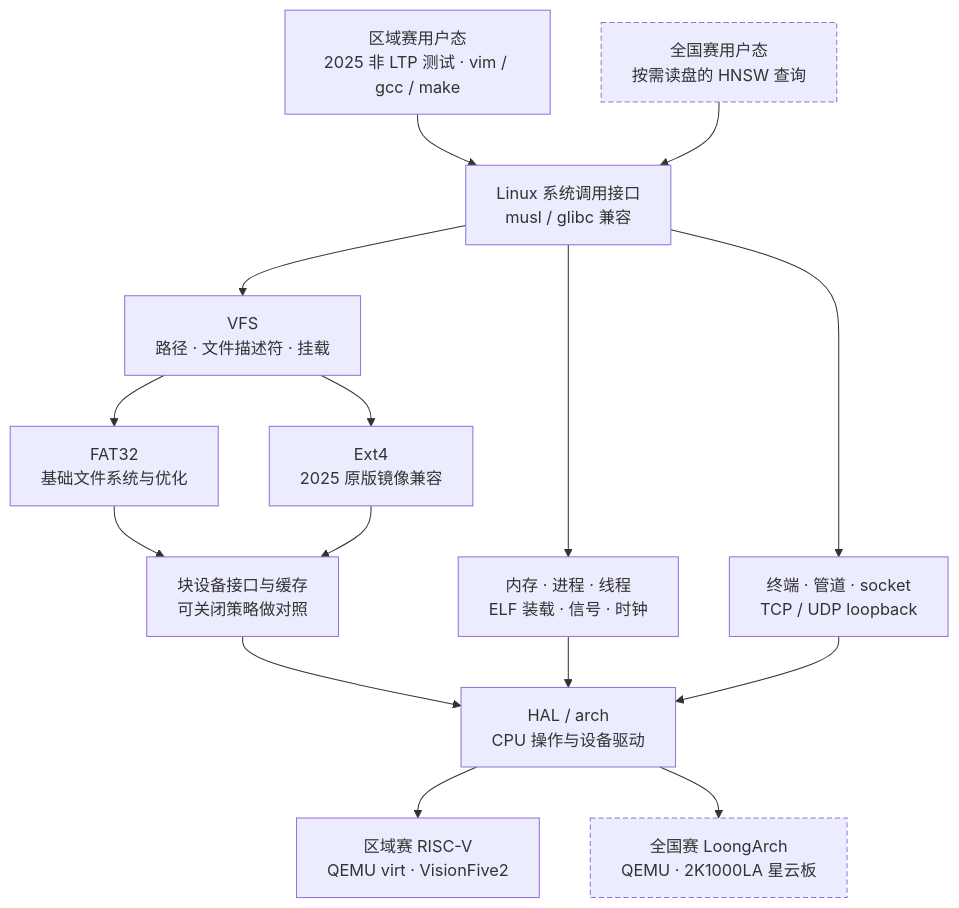
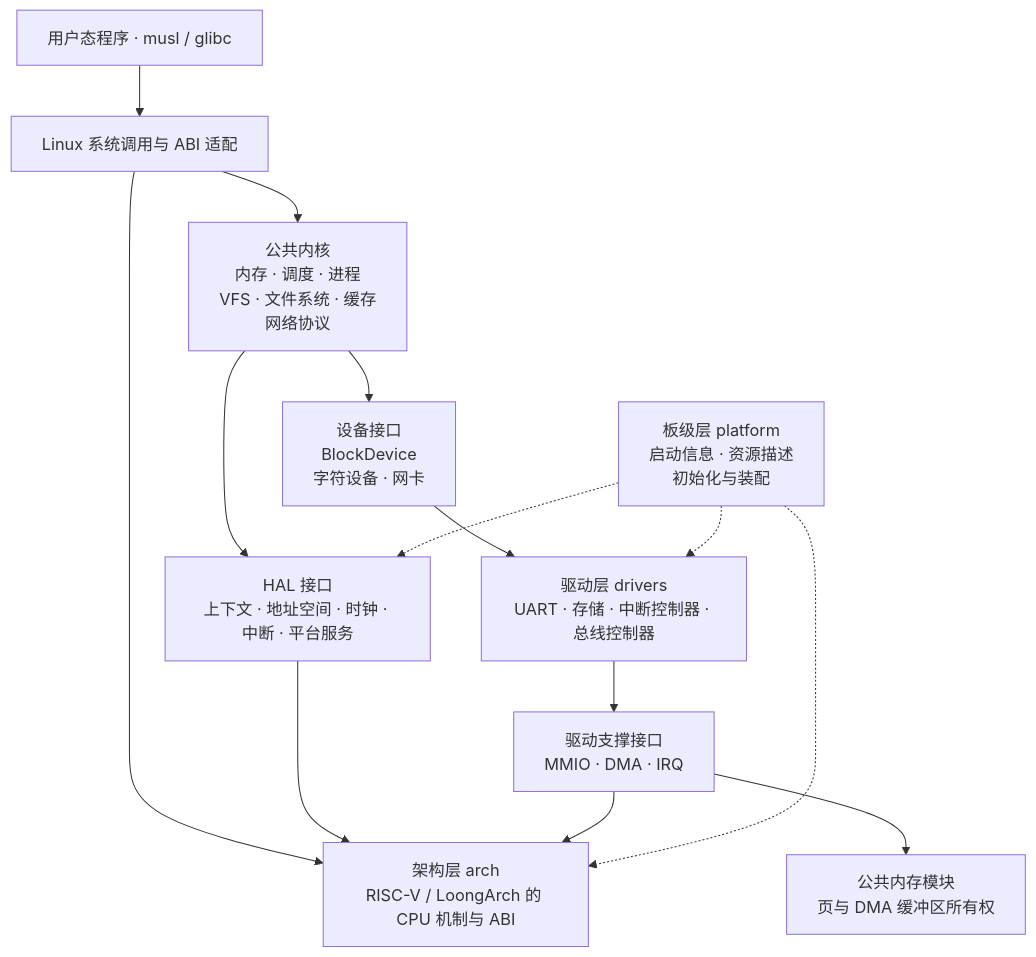
The diagram in docs/architecture.md (ApolloMonasa/Focos-contrib), drawn with Mermaid before and after one commit. The commit also changed other lines of this file and 11 other files, not shown here.

````diff
--- a/docs/architecture.md
+++ b/docs/architecture.md
@@ -5,33 +9,28 @@
 ```mermaid
 flowchart TB
-    accTitle: FocOS 的区域赛与全国赛目标架构
-    accDescr: 区域赛运行 2025 测试和开发工具，经 Linux 系统调用访问共享内核。VFS 下同时有 FAT32 和 Ext4。HAL 隔离硬件；全国赛扩展 LoongArch 与磁盘检索。
-    APP["区域赛用户态<br/>2025 非 LTP 测试 · vim / gcc / make"]
-    ANN["全国赛用户态<br/>按需读盘的 HNSW 查询"]
-    ABI["Linux 系统调用接口<br/>musl / glibc 兼容"]
-    CORE["内存 · 进程 · 线程<br/>ELF 装载 · 信号 · 时钟"]
-    VFS["VFS<br/>路径 · 文件描述符 · 挂载"]
-    IO["终端 · 管道 · socket<br/>TCP / UDP loopback"]
-    FAT["FAT32<br/>基础文件系统与优化"]
-    EXT["Ext4<br/>2025 原版镜像兼容"]
-    CACHE["块设备接口与缓存<br/>可关闭策略做对照"]
-    HAL["HAL / arch<br/>CPU 操作与设备驱动"]
-    RV["区域赛 RISC-V<br/>QEMU virt · VisionFive2"]
-    LA["全国赛 LoongArch<br/>QEMU · 2K1000LA 星云板"]
-    APP --> ABI
-    ANN --> ABI
+    accTitle: FocOS 多架构与多平台职责
+    accDescr: 公共内核通过 HAL 和设备接口使用架构及驱动实现，板级层负责启动资源和装配。
+    USER["用户态程序 · musl / glibc"]
+    ABI["Linux 系统调用与 ABI 适配"]
+    CORE["公共内核<br/>内存 · 调度 · 进程<br/>VFS · 文件系统 · 缓存<br/>网络协议"]
+    HAL["HAL 接口<br/>上下文 · 地址空间 · 时钟 · 中断 · 平台服务"]
+    DEV["设备接口<br/>BlockDevice<br/>字符设备 · 网卡"]
+    ARCH["架构层 arch<br/>RISC-V / LoongArch 的 CPU 机制与 ABI"]
+    DRV["驱动层 drivers<br/>UART · 存储 · 中断控制器 · 总线控制器"]
+    PLAT["板级层 platform<br/>启动信息 · 资源描述<br/>初始化与装配"]
+    USER --> ABI
     ABI --> CORE
-    ABI --> VFS
-    ABI --> IO
-    VFS --> FAT
-    VFS --> EXT
-    FAT --> CACHE
-    EXT --> CACHE
-    CACHE --> HAL
+    ABI --> ARCH
     CORE --> HAL
-    IO --> HAL
-    HAL --> RV
-    HAL --> LA
-    classDef later stroke-dasharray: 5 3;
-    class ANN,LA later;
+    CORE --> DEV
+    HAL --> ARCH
+    DEV --> DRV
+    SUPPORT["驱动支撑接口<br/>MMIO · DMA · IRQ"]
+    MEMORY["公共内存模块<br/>页与 DMA 缓冲区所有权"]
+    DRV --> SUPPORT
+    SUPPORT --> ARCH
+    SUPPORT --> MEMORY
+    PLAT -.-> ARCH
+    PLAT -.-> DRV
+    PLAT -.-> HAL
 ```
````
